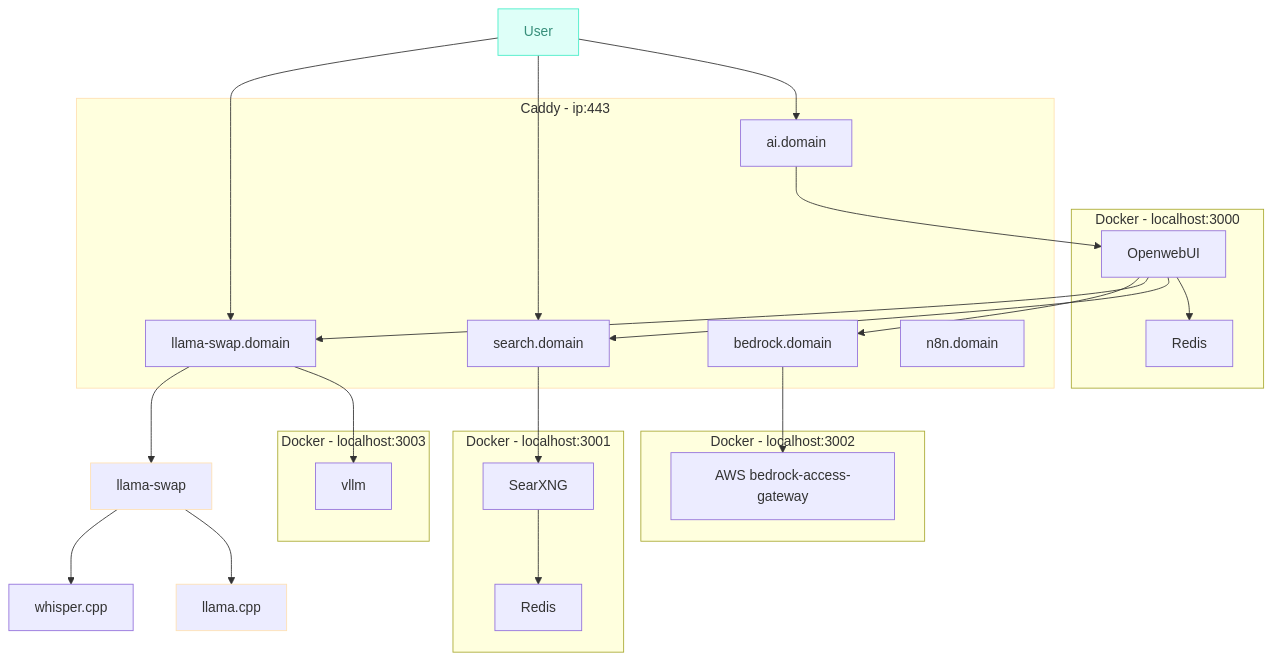
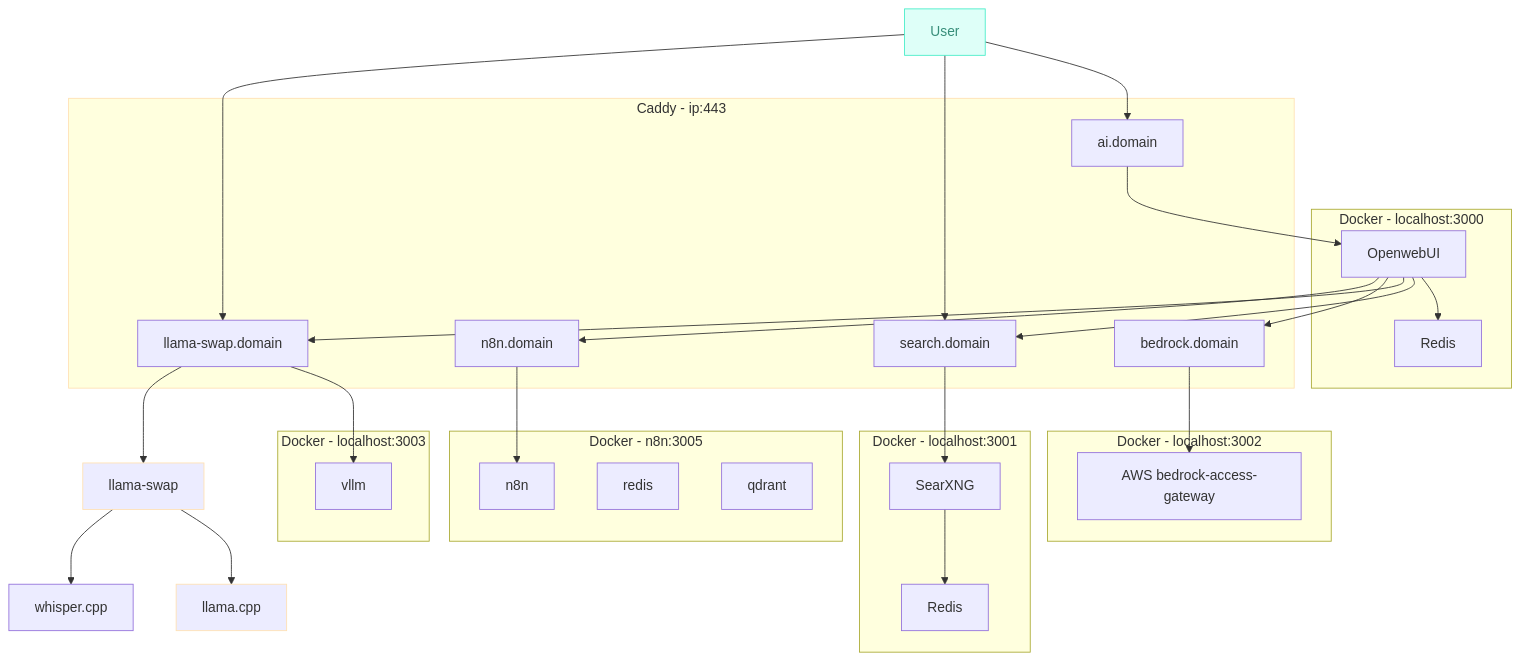
Before and after one commit to cycl00ps/ai-lab: the diagram in README.md, drawn with Mermaid.

````diff
--- a/README.md
+++ b/README.md
@@ -13,43 +13,49 @@
 ```mermaid
 flowchart TD
  subgraph subGraph0["Docker - localhost:3000"]
         B["Redis"]
         A["OpenwebUI"]
   end
  subgraph subGraph1["Docker - localhost:3001"]
         D["Redis"]
         C["SearXNG"]
   end
  subgraph subGraph2["Caddy - ip:443"]
         E["ai.domain"]
         H["search.domain"]
         J["llama-swap.domain"]
         Y["bedrock.domain"]
-        n8n["n8n.domain"]
+        n8nweb["n8n.domain"]
   end
  subgraph subGraph3["Docker - localhost:3003"]
         K["vllm"]
   end
  subgraph subGraph4["Docker - localhost:3002"]
         L["AWS bedrock-access-gateway"]
   end
+ subgraph subGraph5["Docker - n8n:3005"]
+        n8n["n8n"]
+        n8n-redis["redis"]
+        n8n-qdrant["qdrant"]
+  end
 
-    A --> B & H & J & Y
+    A --> B & H & J & Y & n8nweb
     C --> D
     E --> A
     H --> C
     F["llama-swap"] --> G["llama.cpp"]
     F["llama-swap"] --> Z["whisper.cpp"]
     J --> K
     I["User"] --> E
     I["User"] --> H
     I --> J
     J --> F
     Y --> L
+    n8nweb --> n8n
 
 I:::Aqua
     classDef Aqua stroke-width:1px, stroke-dasharray:none, stroke:#46EDC8, fill:#DEFFF8, color:#378E7A
     style F stroke:#FFE0B2
     style G stroke:#FFE0B2
     style subGraph2 stroke:#FFE0B2
 ```
````
